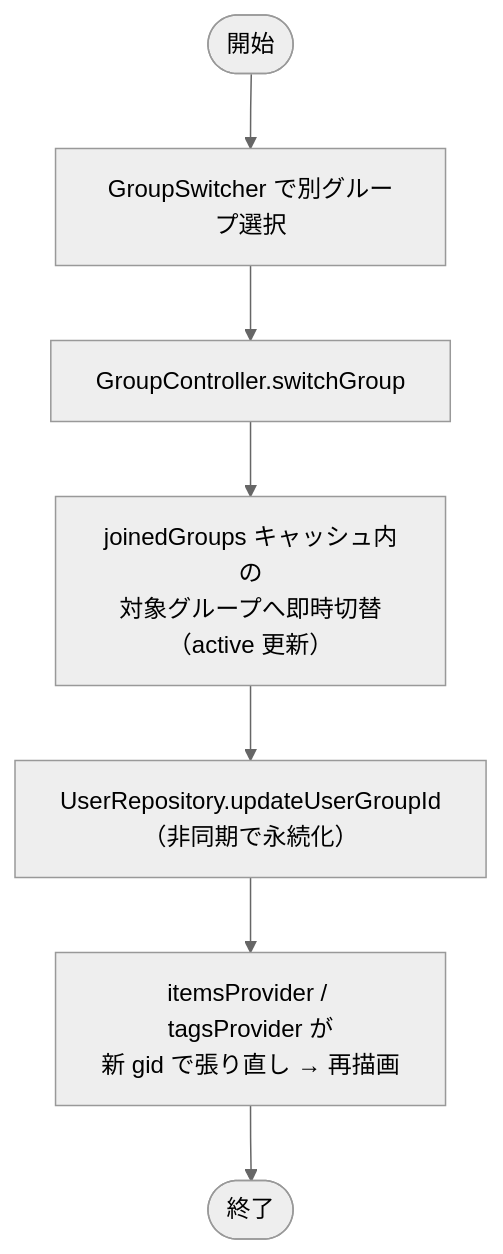
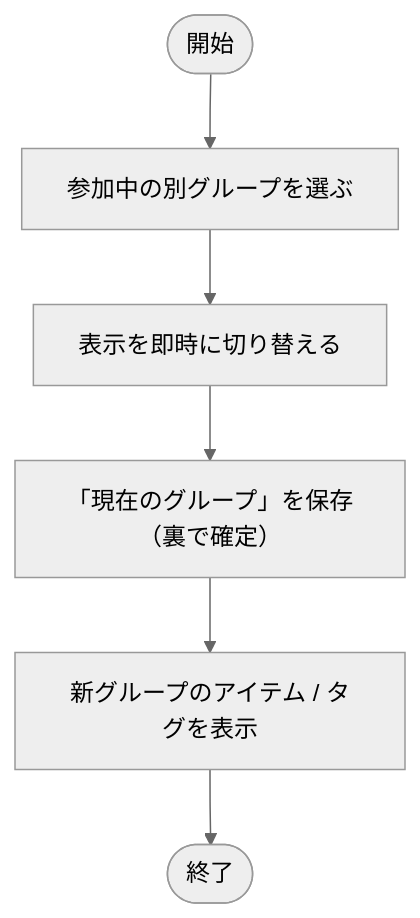
One commit to ekusy/shopping-list-app-flutter changed diagram 11 of 28 in docs/内部設計/アクティビティ図.md. Above: the diagram before and after it, drawn with Mermaid (neutral theme). The commit also changed other lines of this file, not shown here.

First line of the commit message:
docs: アクティビティ図を処理の流れ・分岐の説明に集中させて改稿

````diff
--- a/docs/内部設計/アクティビティ図.md
+++ b/docs/内部設計/アクティビティ図.md
@@ -198,9 +180,8 @@
 ```mermaid
 flowchart TD
-    S([開始]) --> SEL[GroupSwitcher で別グループ選択]
-    SEL --> C[GroupController.switchGroup]
-    C --> LOCAL[joinedGroups キャッシュ内の\n対象グループへ即時切替（active 更新）]
-    LOCAL --> PERSIST[UserRepository.updateUserGroupId\n（非同期で永続化）]
-    PERSIST --> OK[itemsProvider / tagsProvider が\n新 gid で張り直し → 再描画]
+    S([開始]) --> SEL[参加中の別グループを選ぶ]
+    SEL --> LOCAL[表示を即時に切り替える]
+    LOCAL --> PERSIST[「現在のグループ」を保存（裏で確定）]
+    PERSIST --> OK[新グループのアイテム / タグを表示]
     OK --> E([終了])
 ```
````
